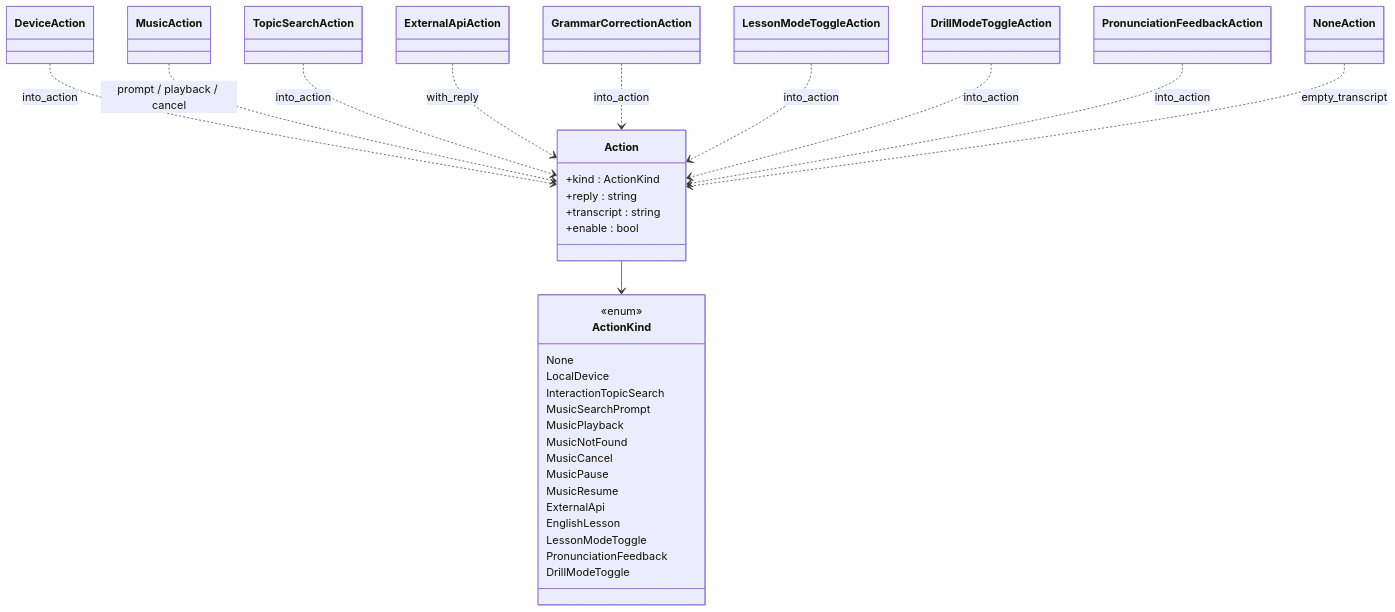
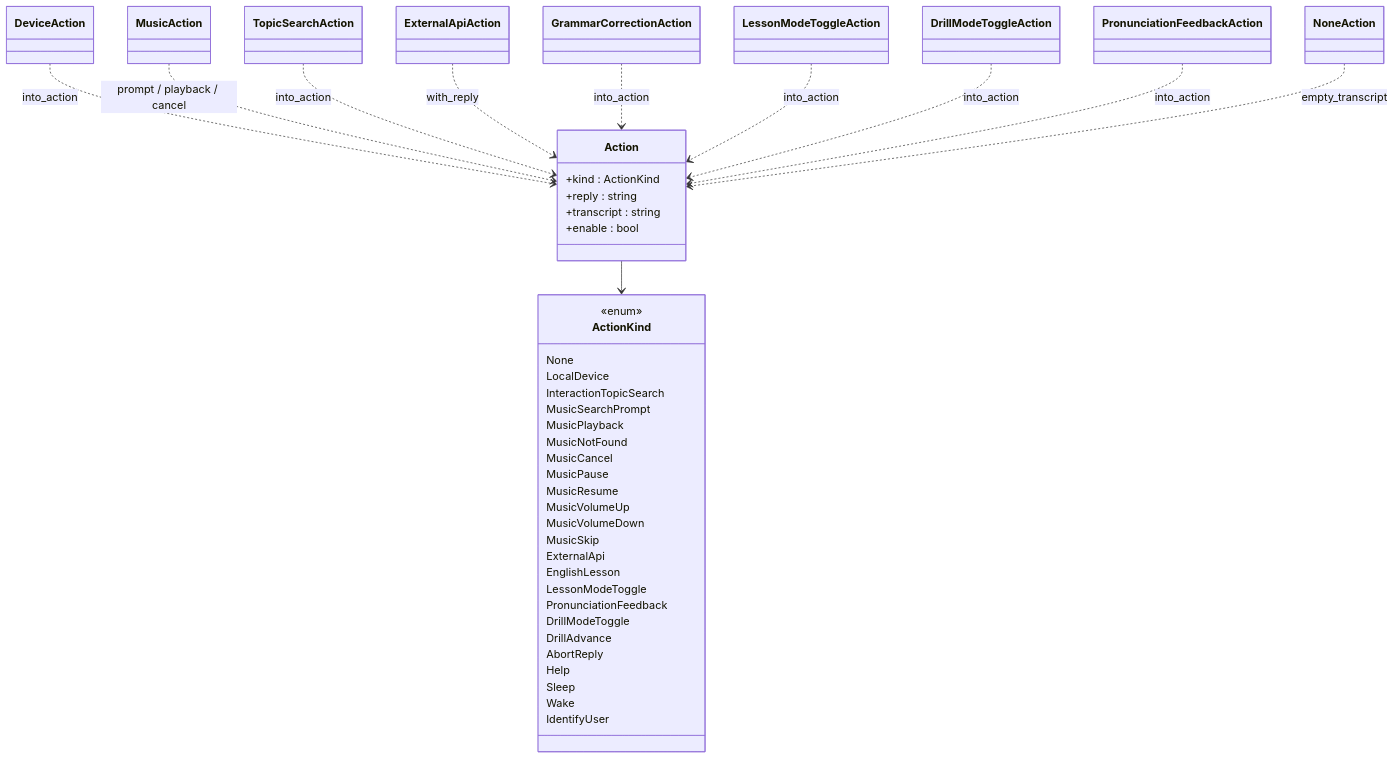
The diagram in sound/src/actions/README.md (vduckute1812/hecquin), drawn with Mermaid before and after one commit. The commit also changed other lines of this file and 57 other files, not shown here.

Commit message:
support new UX flow

````diff
--- a/sound/src/actions/README.md
+++ b/sound/src/actions/README.md
@@ -53,46 +60,55 @@
 ```mermaid
 classDiagram
     class Action {
         +kind : ActionKind
         +reply : string
         +transcript : string
         +enable : bool
     }
     class ActionKind {
         <<enum>>
         None
         LocalDevice
         InteractionTopicSearch
         MusicSearchPrompt
         MusicPlayback
         MusicNotFound
         MusicCancel
         MusicPause
         MusicResume
+        MusicVolumeUp
+        MusicVolumeDown
+        MusicSkip
         ExternalApi
         EnglishLesson
         LessonModeToggle
         PronunciationFeedback
         DrillModeToggle
+        DrillAdvance
+        AbortReply
+        Help
+        Sleep
+        Wake
+        IdentifyUser
     }
     class DeviceAction
     class MusicAction
     class TopicSearchAction
     class ExternalApiAction
     class GrammarCorrectionAction
     class LessonModeToggleAction
     class DrillModeToggleAction
     class PronunciationFeedbackAction
     class NoneAction
 
     Action --> ActionKind
     DeviceAction ..> Action : into_action
     MusicAction ..> Action : prompt / playback / cancel
     TopicSearchAction ..> Action : into_action
     ExternalApiAction ..> Action : with_reply
     GrammarCorrectionAction ..> Action : into_action
     LessonModeToggleAction ..> Action : into_action
     DrillModeToggleAction ..> Action : into_action
     PronunciationFeedbackAction ..> Action : into_action
     NoneAction ..> Action : empty_transcript
 ```
````
